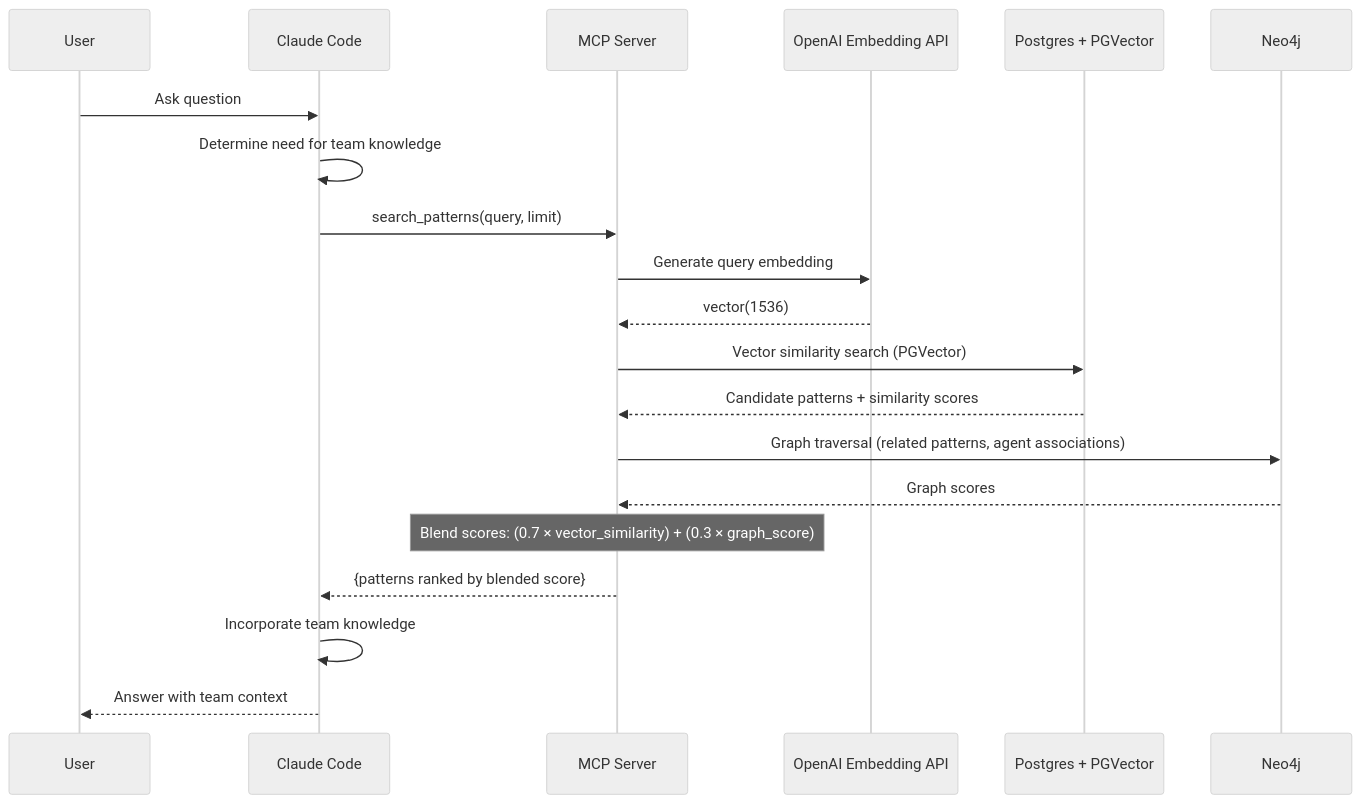
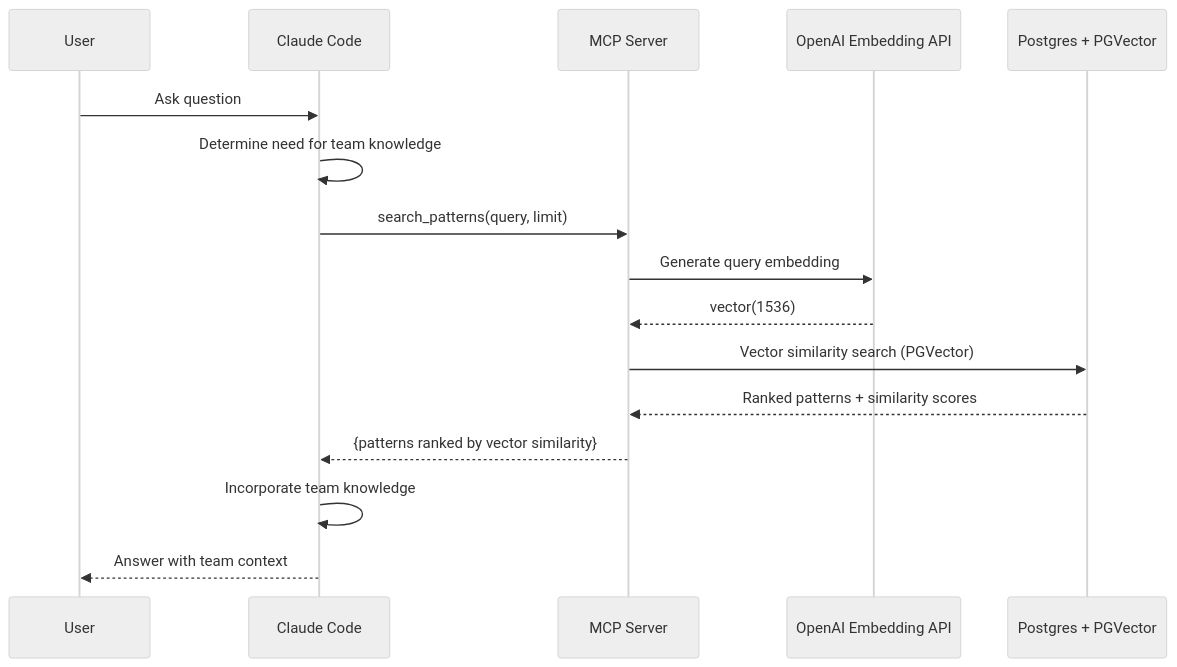
One commit to twistingmercury/mnemonic-mcp changed the third of 6 diagrams in docs/architecture/02-system-architecture.md. Above: the diagram before and after it, drawn with Mermaid (neutral theme). The commit also changed 5 other files, not shown here.

````diff
--- a/docs/architecture/02-system-architecture.md
+++ b/docs/architecture/02-system-architecture.md
@@ -180,29 +180,23 @@
 ```mermaid
 sequenceDiagram
     participant User
     participant CC as Claude Code
     participant MCP as MCP Server
     participant OPENAI as OpenAI Embedding API
     participant PG as Postgres + PGVector
-    participant NEO as Neo4j
 
     User->>CC: Ask question
     CC->>CC: Determine need for team knowledge
 
     CC->>MCP: search_patterns(query, limit)
 
     MCP->>OPENAI: Generate query embedding
     OPENAI-->>MCP: vector(1536)
     MCP->>PG: Vector similarity search (PGVector)
-    PG-->>MCP: Candidate patterns + similarity scores
+    PG-->>MCP: Ranked patterns + similarity scores
 
-    MCP->>NEO: Graph traversal (related patterns, agent associations)
-    NEO-->>MCP: Graph scores
-
-    Note over MCP: Blend scores: (0.7 × vector_similarity) + (0.3 × graph_score)
-
-    MCP-->>CC: {patterns ranked by blended score}
+    MCP-->>CC: {patterns ranked by vector similarity}
 
     CC->>CC: Incorporate team knowledge
     CC-->>User: Answer with team context
 ```
````
